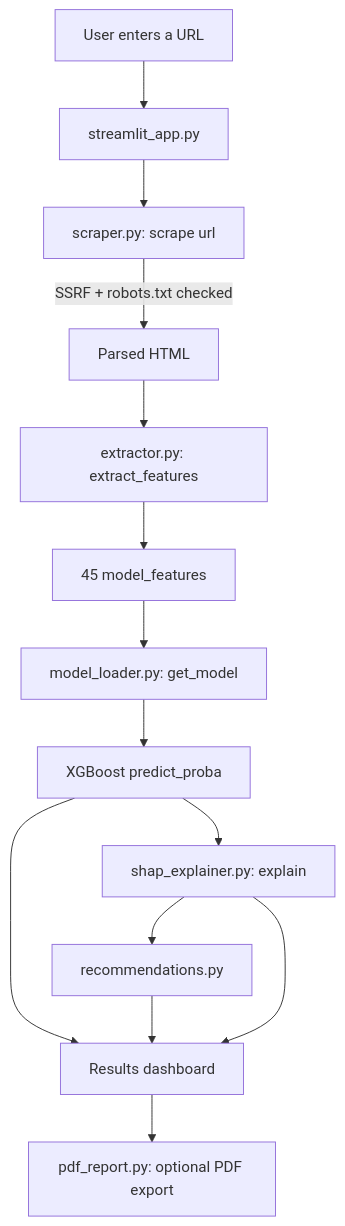
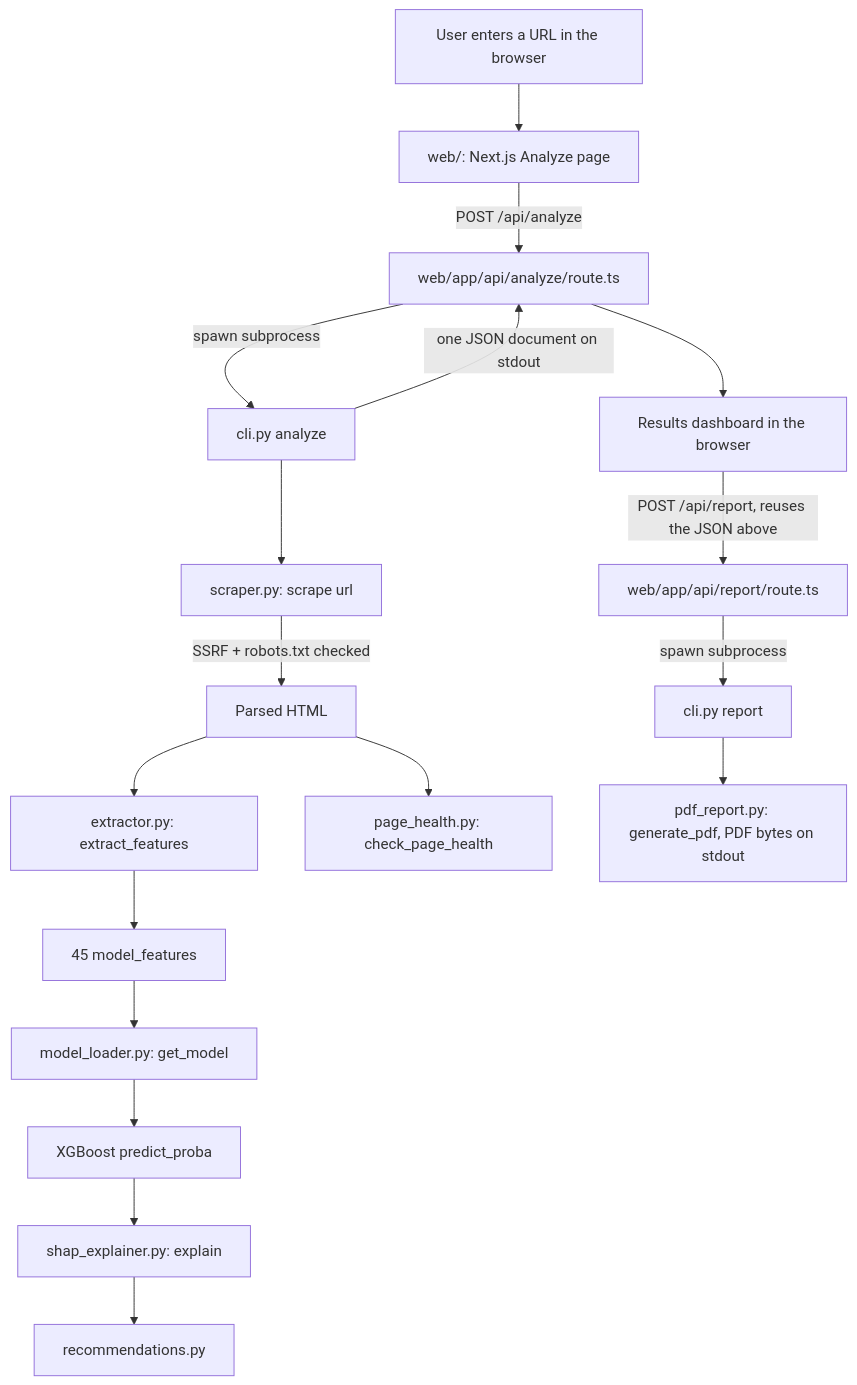
The first of 3 diagrams in docs/UNDERSTANDING.md (SHINOYP/GEO---Demo), drawn with Mermaid before and after one commit. The commit also changed other lines of this file and 29 other files, not shown here.

````diff
--- a/docs/UNDERSTANDING.md
+++ b/docs/UNDERSTANDING.md
@@ -193,16 +239,20 @@
 ```mermaid
 flowchart TD
-    U[User enters a URL] --> S[streamlit_app.py]
-    S --> SC[scraper.py: scrape url]
+    U[User enters a URL in the browser] --> W[web/: Next.js Analyze page]
+    W -->|POST /api/analyze| API[web/app/api/analyze/route.ts]
+    API -->|spawn subprocess| CLI[cli.py analyze]
+    CLI --> SC[scraper.py: scrape url]
     SC -->|SSRF + robots.txt checked| HTML[Parsed HTML]
     HTML --> FE[extractor.py: extract_features]
     FE --> MF[45 model_features]
     MF --> MD[model_loader.py: get_model]
     MD --> PRED[XGBoost predict_proba]
     PRED --> SHAP[shap_explainer.py: explain]
+    HTML --> PH[page_health.py: check_page_health]
     SHAP --> REC[recommendations.py]
-    PRED --> UI[Results dashboard]
-    REC --> UI
-    SHAP --> UI
-    UI --> PDF[pdf_report.py: optional PDF export]
+    CLI -->|one JSON document on stdout| API
+    API --> UI[Results dashboard in the browser]
+    UI -->|POST /api/report, reuses the JSON above| API2[web/app/api/report/route.ts]
+    API2 -->|spawn subprocess| CLI2[cli.py report]
+    CLI2 --> PDF[pdf_report.py: generate_pdf, PDF bytes on stdout]
 ```
````
